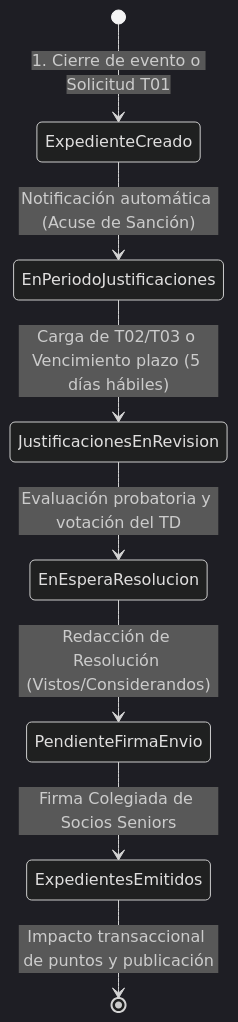
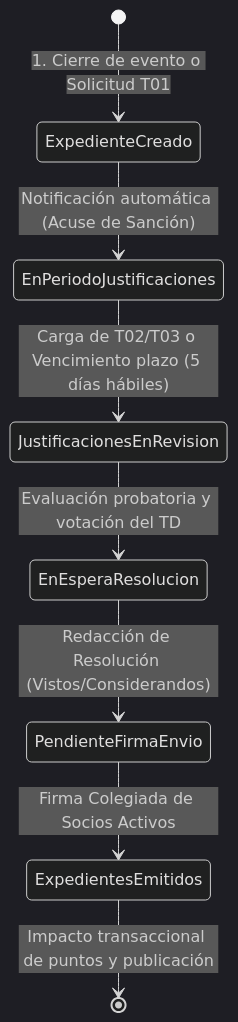
The second of 2 diagrams in README.md (MartinG94/seminario-integrador), drawn with Mermaid (dark theme) before and after one commit. The commit also changed other lines of this file and 19 other files, not shown here.

````diff
--- a/README.md
+++ b/README.md
@@ -109,10 +110,10 @@
 ```mermaid
 stateDiagram-v2
     [*] --> ExpedienteCreado: 1. Cierre de evento o Solicitud T01
     ExpedienteCreado --> EnPeriodoJustificaciones: Notificación automática (Acuse de Sanción)
     EnPeriodoJustificaciones --> JustificacionesEnRevision: Carga de T02/T03 o Vencimiento plazo (5 días hábiles)
     JustificacionesEnRevision --> EnEsperaResolucion: Evaluación probatoria y votación del TD
     EnEsperaResolucion --> PendienteFirmaEnvio: Redacción de Resolución (Vistos/Considerandos)
-    PendienteFirmaEnvio --> ExpedientesEmitidos: Firma Colegiada de Socios Seniors
+    PendienteFirmaEnvio --> ExpedientesEmitidos: Firma Colegiada de Socios Activos
     ExpedientesEmitidos --> [*]: Impacto transaccional de puntos y publicación
 ```
````
